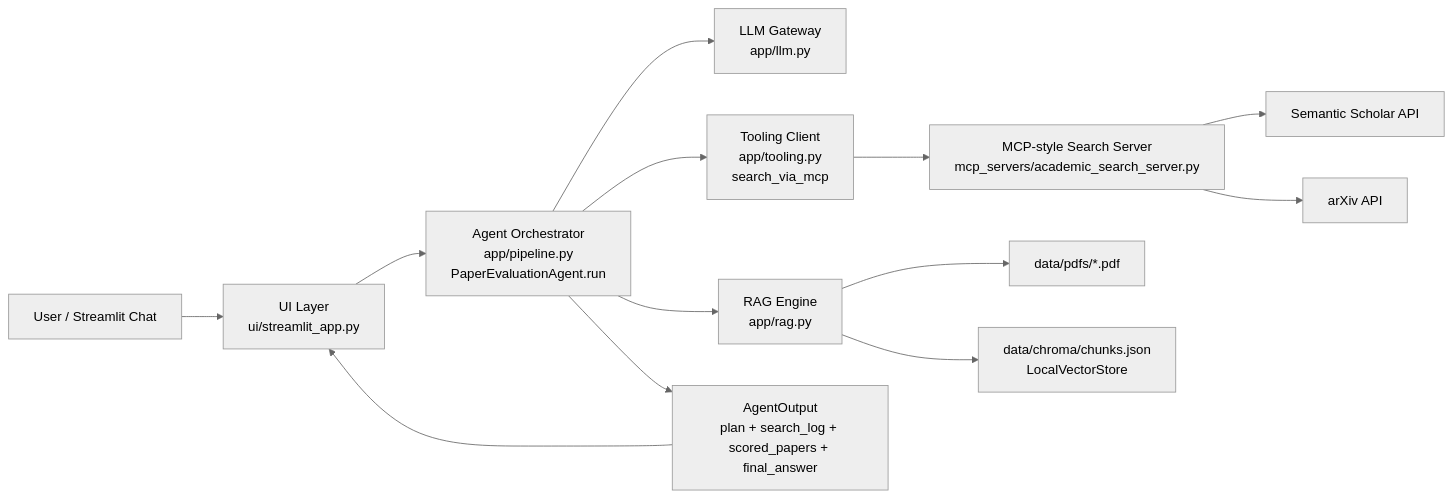
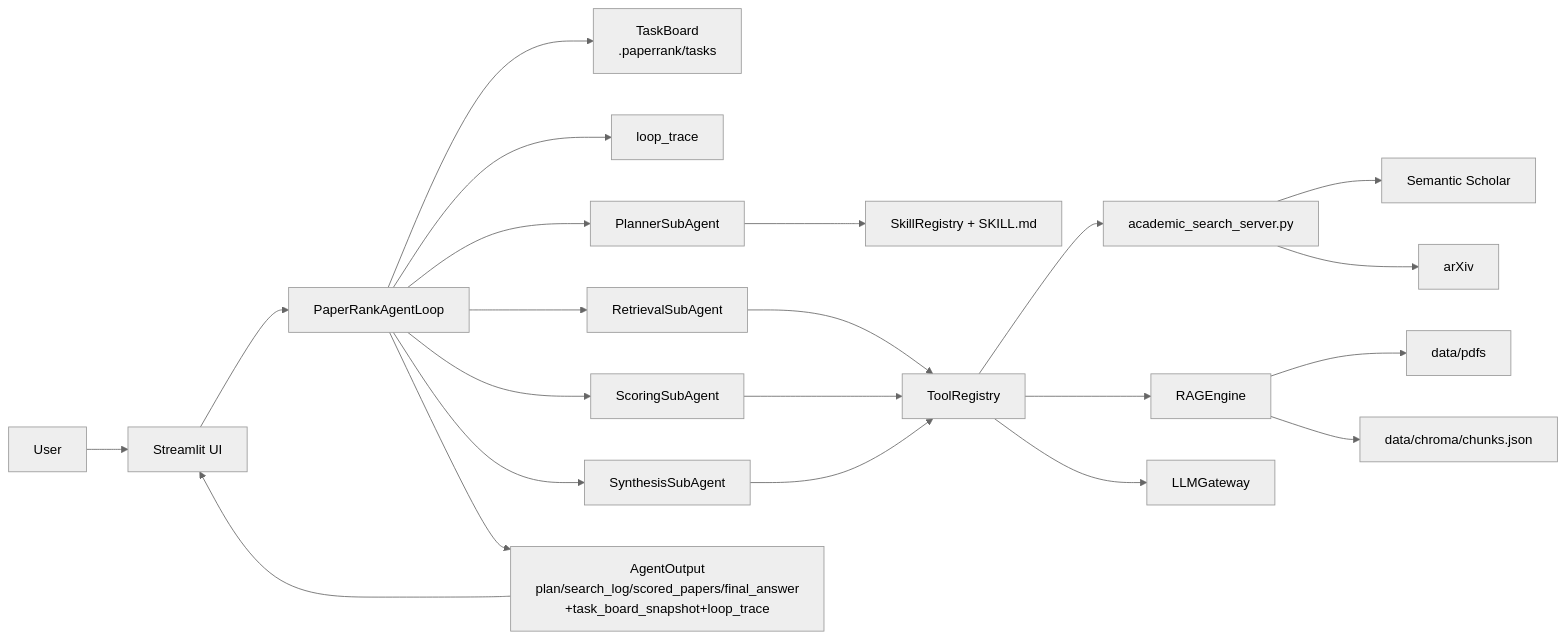
Before and after one commit to JakeFn123/paperrank: the diagram in docs/架构设计说明.md, drawn with Mermaid (neutral theme). The commit also changed other lines of this file and 20 other files, not shown here.

````diff
--- a/docs/架构设计说明.md
+++ b/docs/架构设计说明.md
@@ -36,19 +63,31 @@
 ```mermaid
 flowchart LR
-    U[User / Streamlit Chat] --> UI[UI Layer\nui/streamlit_app.py]
-    UI --> PIPE[Agent Orchestrator\napp/pipeline.py\nPaperEvaluationAgent.run]
+    U[User] --> UI[Streamlit UI]
 
-    PIPE --> LLM[LLM Gateway\napp/llm.py]
-    PIPE --> TOOL[Tooling Client\napp/tooling.py\nsearch_via_mcp]
-    PIPE --> RAG[RAG Engine\napp/rag.py]
+    UI --> LOOP[PaperRankAgentLoop]
+    LOOP --> TB[TaskBoard\n.paperrank/tasks]
+    LOOP --> TRACE[loop_trace]
 
-    TOOL --> MCP[MCP-style Search Server\nmcp_servers/academic_search_server.py]
-    MCP --> SS[Semantic Scholar API]
-    MCP --> AX[arXiv API]
+    LOOP --> P[PlannerSubAgent]
+    LOOP --> R[RetrievalSubAgent]
+    LOOP --> E[ScoringSubAgent]
+    LOOP --> S[SynthesisSubAgent]
 
-    RAG --> PDF[data/pdfs/*.pdf]
-    RAG --> VDB[data/chroma/chunks.json\nLocalVectorStore]
+    P --> SK[SkillRegistry + SKILL.md]
+    R --> TOOLS[ToolRegistry]
+    E --> TOOLS
+    S --> TOOLS
 
-    PIPE --> OUT[AgentOutput\nplan + search_log + scored_papers + final_answer]
+    TOOLS --> MCP[academic_search_server.py]
+    MCP --> SS[Semantic Scholar]
+    MCP --> AX[arXiv]
+
+    TOOLS --> RAG[RAGEngine]
+    RAG --> PDF[data/pdfs]
+    RAG --> VDB[data/chroma/chunks.json]
+
+    TOOLS --> LLM[LLMGateway]
+
+    LOOP --> OUT[AgentOutput\nplan/search_log/scored_papers/final_answer\n+task_board_snapshot+loop_trace]
     OUT --> UI
 ```
````
